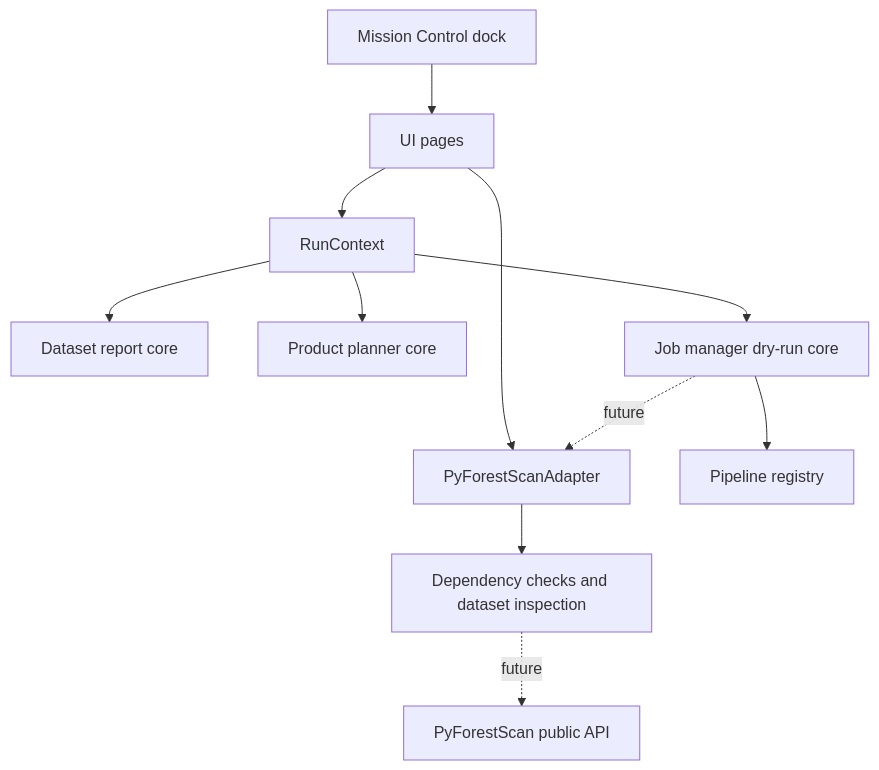
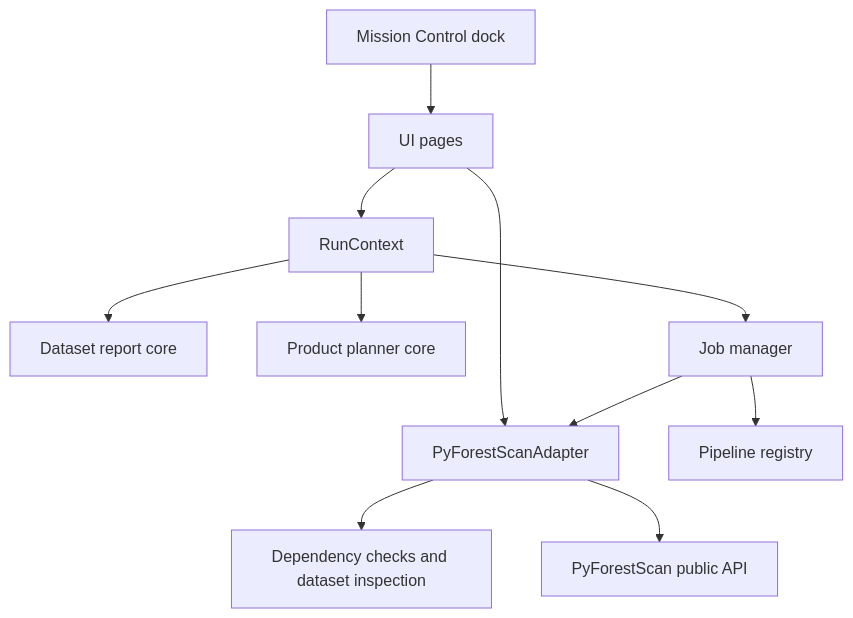
The first of 2 diagrams in docs/ui/MISSION_CONTROL.md (sticholas/pyforestscan-qgis), drawn with Mermaid before and after one commit. The commit also changed other lines of this file and 23 other files, not shown here.

````diff
--- a/docs/ui/MISSION_CONTROL.md
+++ b/docs/ui/MISSION_CONTROL.md
@@ -10,13 +10,13 @@
 ```mermaid
 flowchart TD
     A["Mission Control dock"] --> B["UI pages"]
     B --> C["PyForestScanAdapter"]
     B --> W["RunContext"]
     W --> D["Dataset report core"]
     W --> E["Product planner core"]
-    W --> H["Job manager dry-run core"]
+    W --> H["Job manager"]
     H --> P["Pipeline registry"]
     C --> F["Dependency checks and dataset inspection"]
-    H -."future".-> C
-    F -."future".-> G["PyForestScan public API"]
+    H --> C
+    C --> G["PyForestScan public API"]
 ```
````
